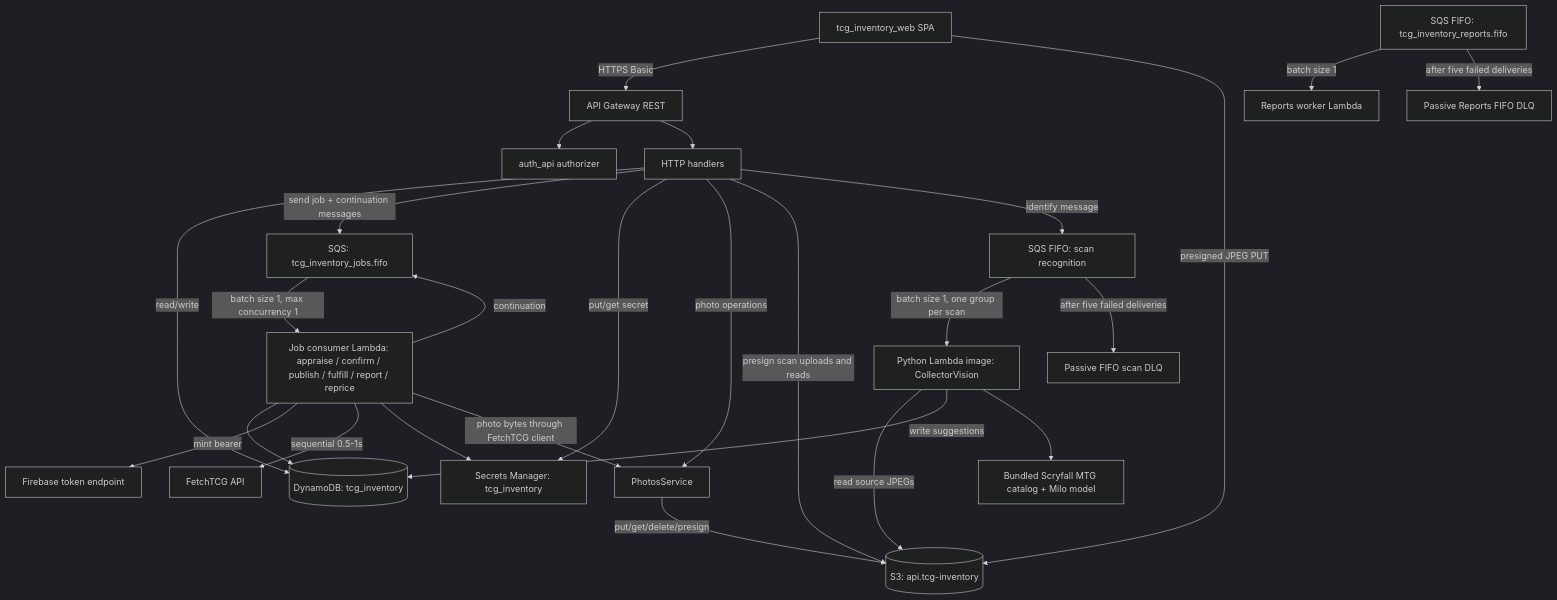
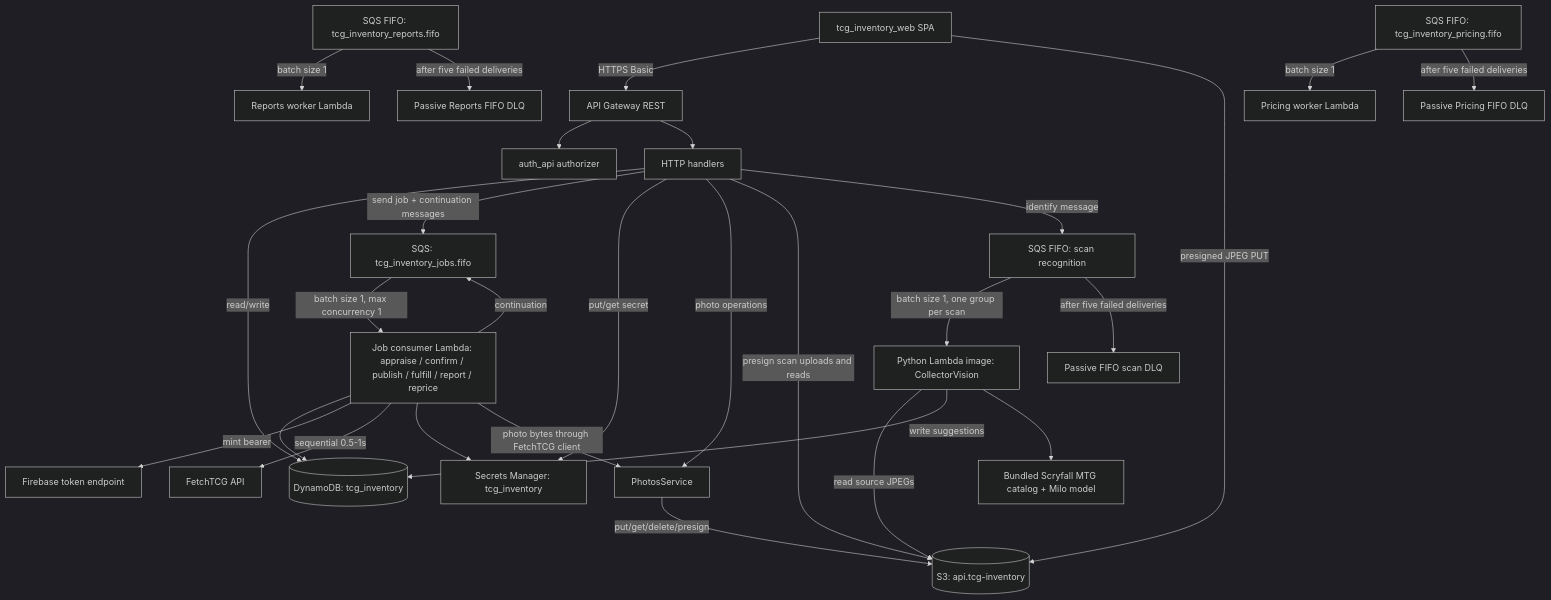
One commit to jordansimsmith/jordansimsmith-com changed the first of 3 diagrams in tcg_inventory_api/README.md. Above: the diagram before and after it, drawn with Mermaid (dark theme). The commit also changed other lines of this file and 10 other files, not shown here.

Commit message:
Add dedicated Pricing worker runtime

````diff
--- a/tcg_inventory_api/README.md
+++ b/tcg_inventory_api/README.md
@@ -96,28 +96,30 @@
 ```mermaid
 flowchart TD
   web[tcg_inventory_web SPA] -->|HTTPS Basic| apigw[API Gateway REST]
   apigw --> authz[auth_api authorizer]
   apigw --> http[HTTP handlers]
   http -->|read/write| ddb[(DynamoDB: tcg_inventory)]
   http -->|send job + continuation messages| sqs[SQS: tcg_inventory_jobs.fifo]
   sqs -->|batch size 1, max concurrency 1| jobs[Job consumer Lambda: appraise / confirm / publish / fulfill / report / reprice]
   jobs --> ddb
   jobs -->|continuation| sqs
   reportsqs[SQS FIFO: tcg_inventory_reports.fifo] -->|batch size 1| reportworker[Reports worker Lambda]
   reportsqs -->|after five failed deliveries| reportsdlq[Passive Reports FIFO DLQ]
+  pricingsqs[SQS FIFO: tcg_inventory_pricing.fifo] -->|batch size 1| pricingworker[Pricing worker Lambda]
+  pricingsqs -->|after five failed deliveries| pricingdlq[Passive Pricing FIFO DLQ]
   jobs -->|mint bearer| firebase[Firebase token endpoint]
   jobs -->|sequential 0.5-1s| fetchtcg[FetchTCG API]
   http -->|put/get secret| secrets[Secrets Manager: tcg_inventory]
   jobs --> secrets
   http -->|photo operations| photos[PhotosService]
   photos -->|put/get/delete/presign| s3[(S3: api.tcg-inventory)]
   jobs -->|photo bytes through FetchTCG client| photos
   http -->|presign scan uploads and reads| s3
   web -->|presigned JPEG PUT| s3
   http -->|identify message| scansqs[SQS FIFO: scan recognition]
   scansqs -->|batch size 1, one group per scan| scanworker[Python Lambda image: CollectorVision]
   scansqs -->|after five failed deliveries| scandlq[Passive FIFO scan DLQ]
   scanworker -->|read source JPEGs| s3
   scanworker -->|write suggestions| ddb
   scanworker --> catalog[Bundled Scryfall MTG catalog + Milo model]
 ```
````
